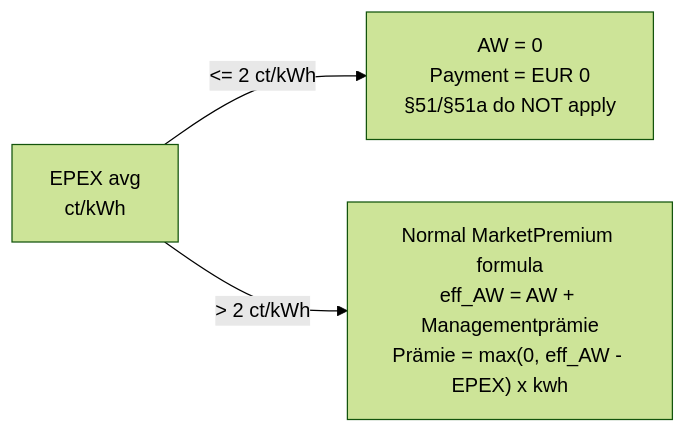
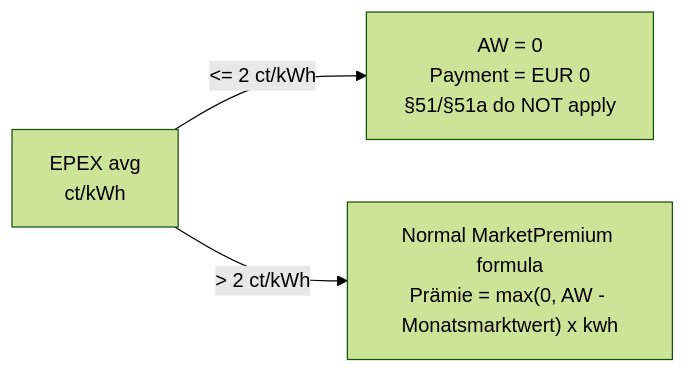
Before and after one commit to hupe1980/mako: the sixth of 8 diagrams in site/content/docs/services/einsd.md, drawn with Mermaid (forest theme). The commit also changed other lines of this file and 164 other files, not shown here.

````diff
--- a/site/content/docs/services/einsd.md
+++ b/site/content/docs/services/einsd.md
@@ -464,6 +455,6 @@
 ```mermaid
 graph LR
     EPEX["EPEX avg<br/>ct/kWh"]
     EPEX -->|"<= 2 ct/kWh"| ZERO["AW = 0<br/>Payment = EUR 0<br/>§51/§51a do NOT apply"]
-    EPEX -->|"> 2 ct/kWh"| NORMAL["Normal MarketPremium formula<br/>eff_AW = AW + Managementprämie<br/>Prämie = max(0, eff_AW - EPEX) x kwh"]
+    EPEX -->|"> 2 ct/kWh"| NORMAL["Normal MarketPremium formula<br/>Prämie = max(0, AW - Monatsmarktwert) x kwh"]
 ```
````
